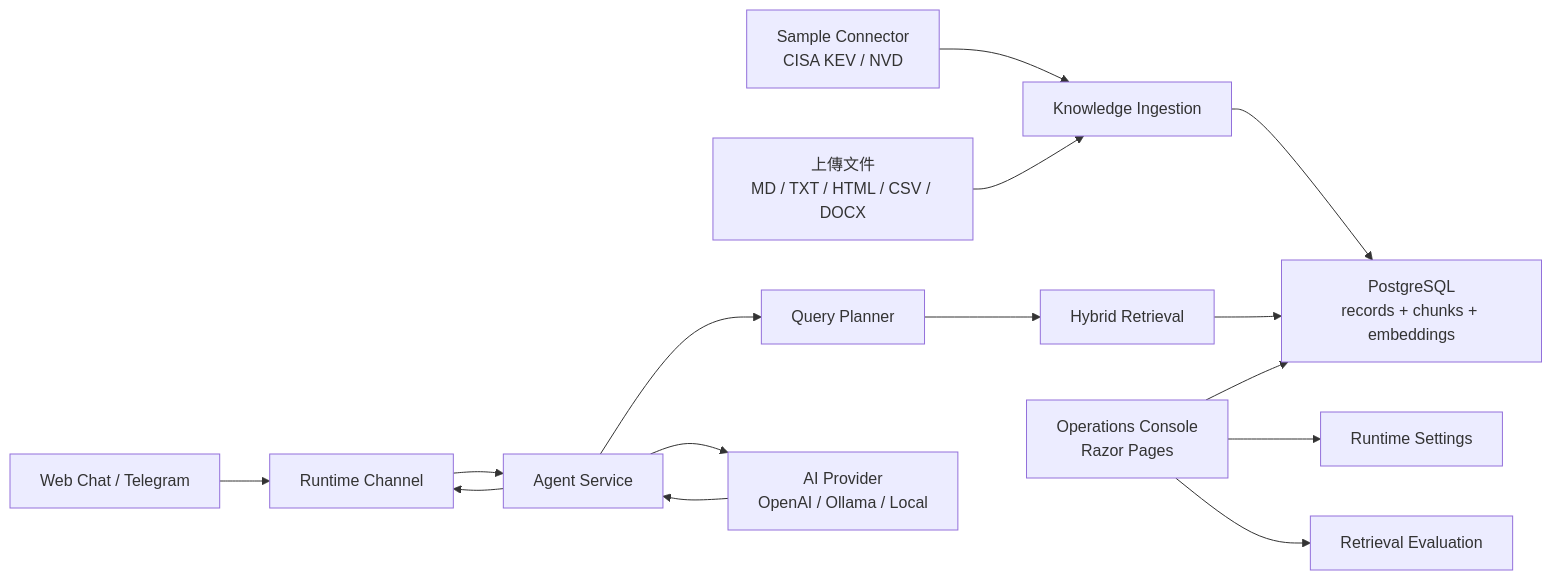
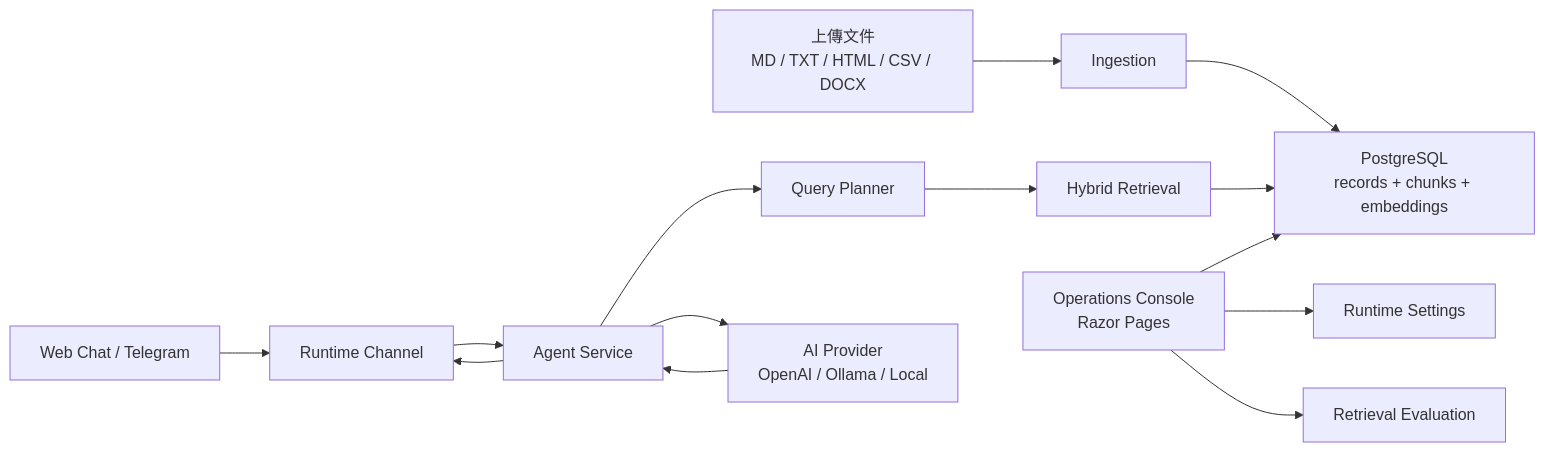
Before and after one commit to Bikerbyte/rag-agent-console: the diagram in README.md, drawn with Mermaid. The commit also changed other lines of this file and 61 other files, not shown here.

First line of the commit message:
Remove CVE-specific runtime and schema (#11)

````diff
--- a/README.md
+++ b/README.md
@@ -25,21 +24,20 @@
 ```mermaid
 flowchart LR
     User["Web Chat / Telegram"] --> Runtime["Runtime Channel"]
     Runtime --> Agent["Agent Service"]
 
     Agent --> Planner["Query Planner"]
     Planner --> Search["Hybrid Retrieval"]
 
-    Connectors["Sample Connector\nCISA KEV / NVD"] --> Ingestion["Knowledge Ingestion"]
     Uploads["上傳文件\nMD / TXT / HTML / CSV / DOCX"] --> Ingestion
     Ingestion --> Store["PostgreSQL\nrecords + chunks + embeddings"]
 
     Search --> Store
     Agent --> Model["AI Provider\nOpenAI / Ollama / Local"]
     Model --> Agent
     Agent --> Runtime
 
     Admin["Operations Console\nRazor Pages"] --> Store
     Admin --> Settings["Runtime Settings"]
     Admin --> Evaluation["Retrieval Evaluation"]
 ```
````
